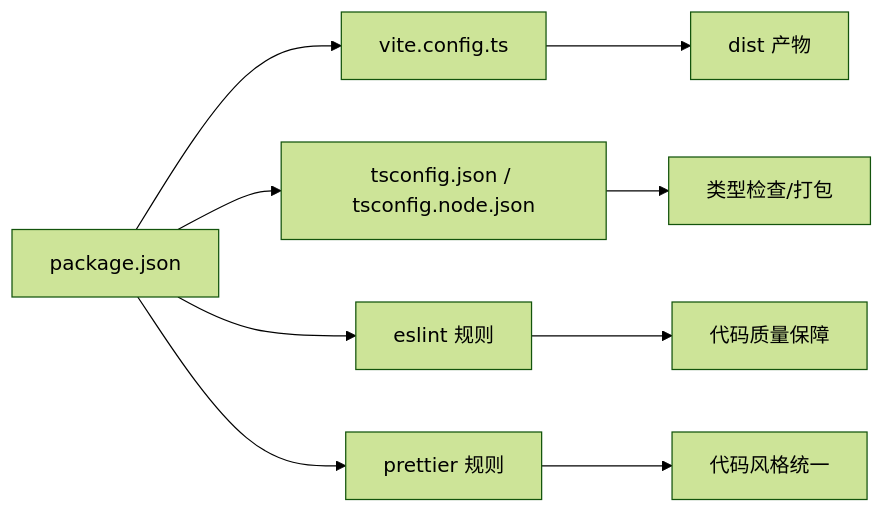
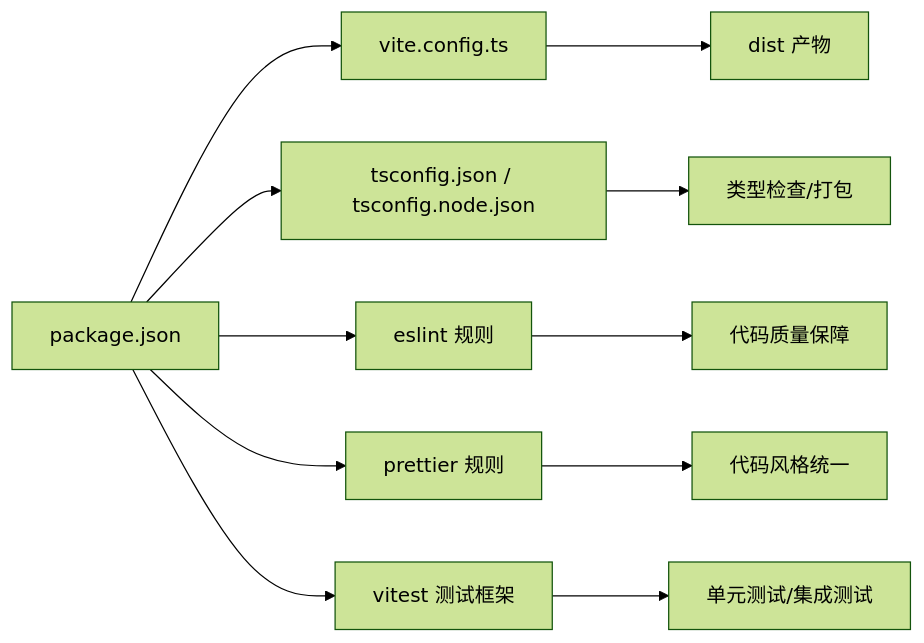
Before and after one commit to terwerinc/siyuan-plugin-share-pro: the fifth of 5 diagrams in .qoder/repowiki/zh/content/开发指南/开发指南.md, drawn with Mermaid (forest theme). The commit also changed other lines of this file and 6 other files, not shown here.

````diff
--- a/.qoder/repowiki/zh/content/开发指南/开发指南.md
+++ b/.qoder/repowiki/zh/content/开发指南/开发指南.md
@@ -215,11 +260,13 @@
 ```mermaid
 graph LR
 Pkg["package.json"] --> Vite["vite.config.ts"]
 Pkg --> TS["tsconfig.json / tsconfig.node.json"]
 Pkg --> ESL["eslint 规则"]
 Pkg --> PRET["prettier 规则"]
+Pkg --> VITEST["vitest 测试框架"]
 Vite --> Dist["dist 产物"]
 TS --> Build["类型检查/打包"]
 ESL --> Quality["代码质量保障"]
 PRET --> Style["代码风格统一"]
+VITEST --> Tests["单元测试/集成测试"]
 ```
````
